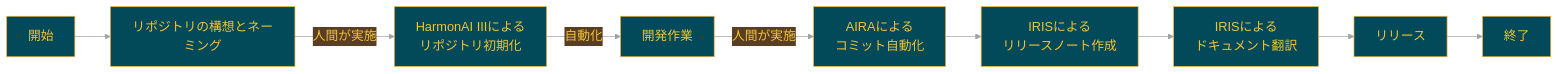
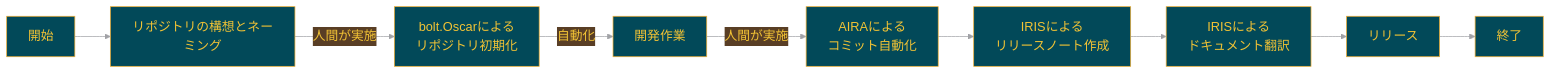
Before and after one commit to Sunwood-ai-labs/bolt.Oscar-aws: the diagram in README.md, drawn with Mermaid. The commit also changed other lines of this file, not shown here.

````diff
--- a/README.md
+++ b/README.md
@@ -199,20 +199,20 @@
 ```mermaid
 %%{init:{'theme':'base','themeVariables':{'primaryColor':'#024959','primaryTextColor':'#F2C335','primaryBorderColor':'#F2AE30','lineColor':'#A1A2A6','secondaryColor':'#593E25','tertiaryColor':'#F2C335','noteTextColor':'#024959','noteBkgColor':'#F2C335','textColor':'#024959','fontSize':'18px'}}}%%
 
 graph LR
     A[開始] --> B[リポジトリの構想とネーミング]
-    B -->|人間が実施| C[HarmonAI IIIによる<br>リポジトリ初期化]
+    B -->|人間が実施| C[bolt.Oscarによる<br>リポジトリ初期化]
     C -->|自動化| D[開発作業]
     D -->|人間が実施| E[AIRAによる<br>コミット自動化]
     E --> H[IRISによる<br>リリースノート作成]
     H --> I[IRISによる<br>ドキュメント翻訳]
     I --> J[リリース]
     J --> K[終了]
 
     class B,D,G human;
     class E aira;
     class F,H,I iris;
     class C auto;
     class A,J,K process;
 
 ```
````
